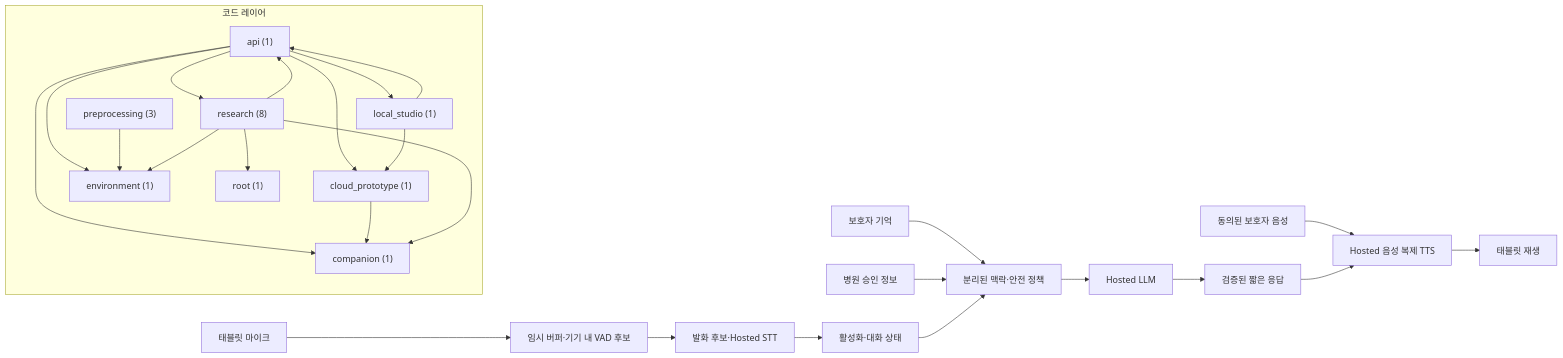
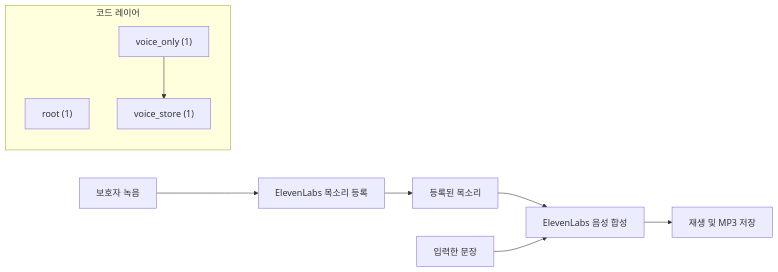
One commit to GracieRho/KoF5-TTS-delirium changed the diagram in architecture/generated/project-map.md. Above: the diagram before and after it, drawn with Mermaid. The commit also changed other lines of this file and 603 other files, not shown here.

Commit message:
feat: 보호자 목소리 녹음과 입력 문장 합성 전용 Favilium 구현

````diff
--- a/architecture/generated/project-map.md
+++ b/architecture/generated/project-map.md
@@ -5,38 +5,15 @@
 ```mermaid
 flowchart LR
-  mic["태블릿 마이크"] --> vad["임시 버퍼·기기 내 VAD 후보"]
-  vad --> stt["발화 후보·Hosted STT"]
-  stt --> activation["활성화·대화 상태"]
-  family["보호자 기억"] --> context["분리된 맥락·안전 정책"]
-  hospital["병원 승인 정보"] --> context
-  activation --> context
-  context --> llm["Hosted LLM"]
-  llm --> response["검증된 짧은 응답"]
-  guardian["동의된 보호자 음성"] --> voice["Hosted 음성 복제 TTS"]
-  response --> voice
-  voice --> tablet["태블릿 재생"]
+  mic["보호자 녹음"] --> enroll["ElevenLabs 목소리 등록"]
+  enroll --> voice["등록된 목소리"]
+  voice --> tts["ElevenLabs 음성 합성"]
+  text["입력한 문장"] --> tts
+  tts --> mp3["재생 및 MP3 저장"]
 
   subgraph code["코드 레이어"]
-    layer_api["api (1)"]
-    layer_cloud_prototype["cloud_prototype (1)"]
-    layer_companion["companion (1)"]
-    layer_environment["environment (1)"]
-    layer_local_studio["local_studio (1)"]
-    layer_preprocessing["preprocessing (3)"]
-    layer_research["research (8)"]
     layer_root["root (1)"]
-    layer_api --> layer_cloud_prototype
-    layer_api --> layer_companion
-    layer_api --> layer_environment
-    layer_api --> layer_local_studio
-    layer_api --> layer_research
-    layer_cloud_prototype --> layer_companion
-    layer_local_studio --> layer_api
-    layer_local_studio --> layer_cloud_prototype
-    layer_preprocessing --> layer_environment
-    layer_research --> layer_api
-    layer_research --> layer_companion
-    layer_research --> layer_environment
-    layer_research --> layer_root
+    layer_voice_only["voice_only (1)"]
+    layer_voice_store["voice_store (1)"]
+    layer_voice_only --> layer_voice_store
   end
 ```
````
